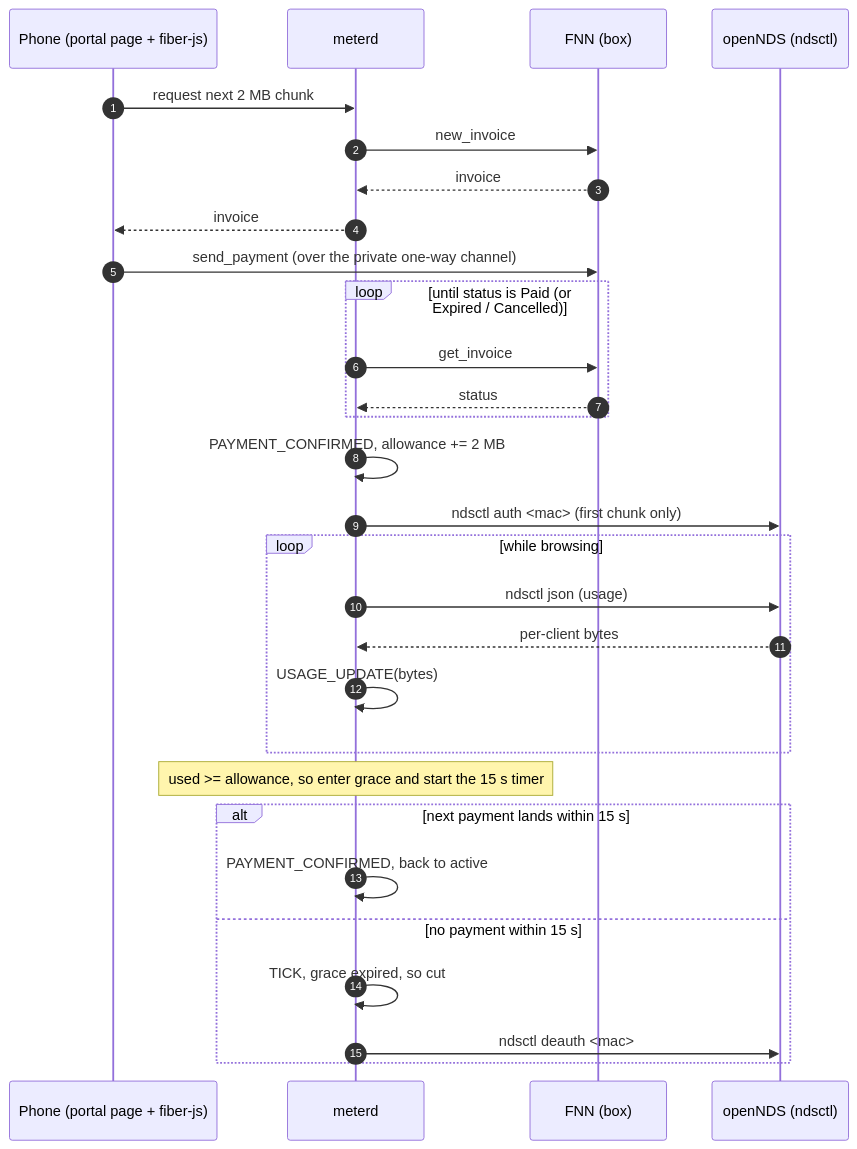
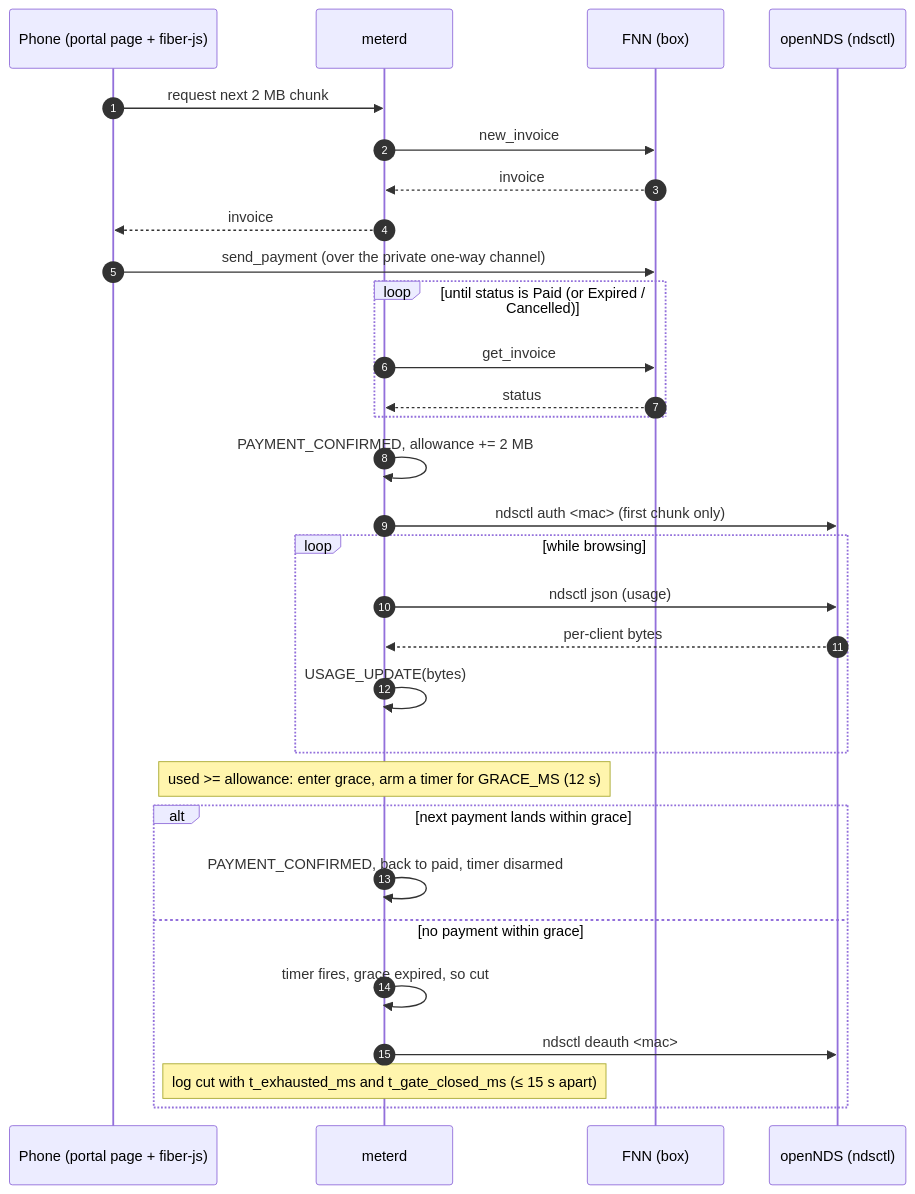
Before and after one commit to Timi16/meternet: the diagram in ARCHITECTURE.md, drawn with Mermaid. The commit also changed other lines of this file and 8 other files, not shown here.

````diff
--- a/ARCHITECTURE.md
+++ b/ARCHITECTURE.md
@@ -39,32 +52,33 @@
 ```mermaid
 sequenceDiagram
     autonumber
     participant P as Phone (portal page + fiber-js)
     participant M as meterd
     participant F as FNN (box)
     participant N as openNDS (ndsctl)
 
     P->>M: request next 2 MB chunk
     M->>F: new_invoice
     F-->>M: invoice
     M-->>P: invoice
     P->>F: send_payment (over the private one-way channel)
     loop until status is Paid (or Expired / Cancelled)
         M->>F: get_invoice
         F-->>M: status
     end
     M->>M: PAYMENT_CONFIRMED, allowance += 2 MB
     M->>N: ndsctl auth <mac> (first chunk only)
     loop while browsing
         M->>N: ndsctl json (usage)
         N-->>M: per-client bytes
         M->>M: USAGE_UPDATE(bytes)
     end
-    Note over M: used >= allowance, so enter grace and start the 15 s timer
-    alt next payment lands within 15 s
-        M->>M: PAYMENT_CONFIRMED, back to active
-    else no payment within 15 s
-        M->>M: TICK, grace expired, so cut
+    Note over M: used >= allowance: enter grace, arm a timer for GRACE_MS (12 s)
+    alt next payment lands within grace
+        M->>M: PAYMENT_CONFIRMED, back to paid, timer disarmed
+    else no payment within grace
+        M->>M: timer fires, grace expired, so cut
         M->>N: ndsctl deauth <mac>
+        Note over M: log cut with t_exhausted_ms and t_gate_closed_ms (≤ 15 s apart)
     end
 ```
````
